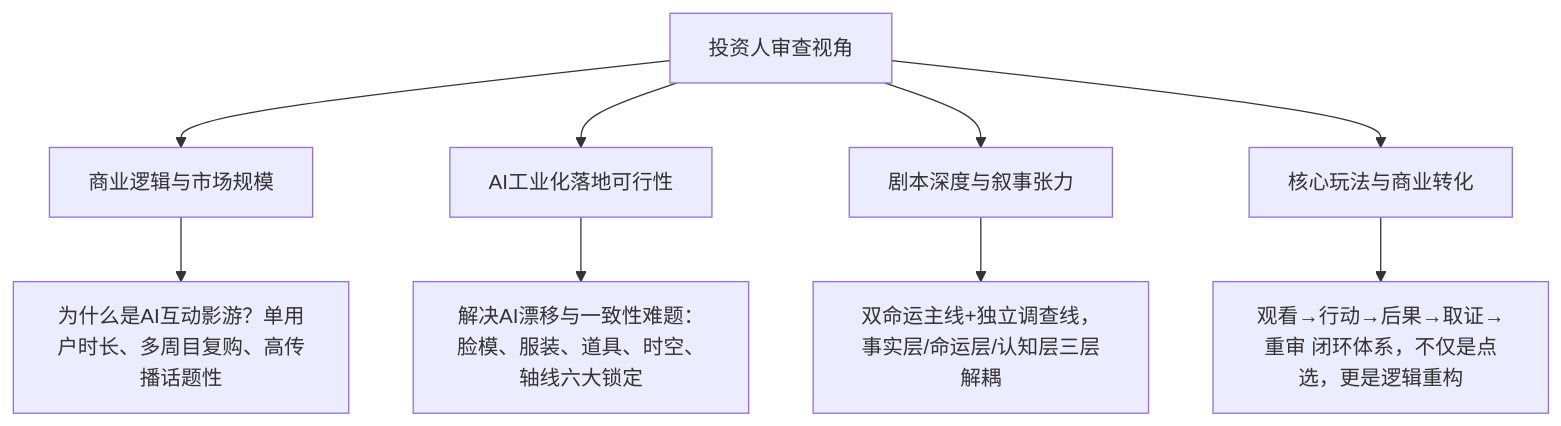
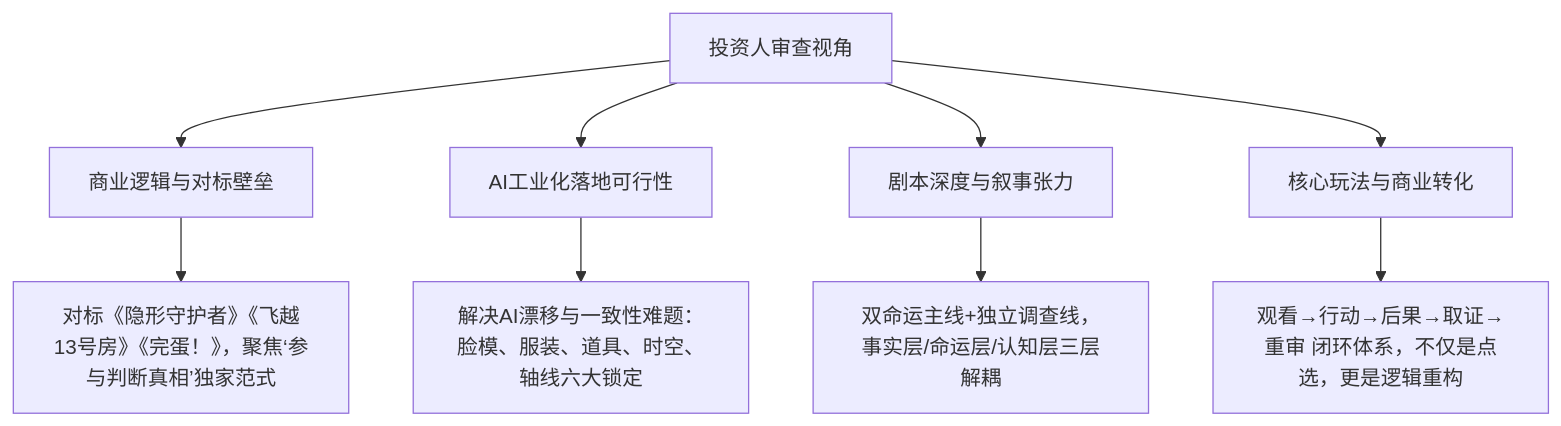
The diagram in AGENT.md (huawuhen/folded-fate), drawn with Mermaid before and after one commit. The commit also changed other lines of this file and 24 other files, not shown here.

Commit message:
feat: integrate 1024 PPT updates including benchmarks, fate flow tracks, and refined positioning

````diff
--- a/AGENT.md
+++ b/AGENT.md
@@ -11,12 +11,12 @@
 ```mermaid
 flowchart TD
-    A["投资人审查视角"] --> B["商业逻辑与市场规模"]
+    A["投资人审查视角"] --> B["商业逻辑与对标壁垒"]
     A --> C["AI工业化落地可行性"]
     A --> D["剧本深度与叙事张力"]
     A --> E["核心玩法与商业转化"]
 
-    B --> B1["为什么是AI互动影游？单用户时长、多周目复购、高传播话题性"]
+    B --> B1["对标《隐形守护者》《飞越13号房》《完蛋！》，聚焦‘参与判断真相’独家范式"]
     C --> C1["解决AI漂移与一致性难题：脸模、服装、道具、时空、轴线六大锁定"]
     D --> D1["双命运主线+独立调查线，事实层/命运层/认知层三层解耦"]
     E --> E1["观看→行动→后果→取证→重审 闭环体系，不仅是点选，更是逻辑重构"]
 ```
````
